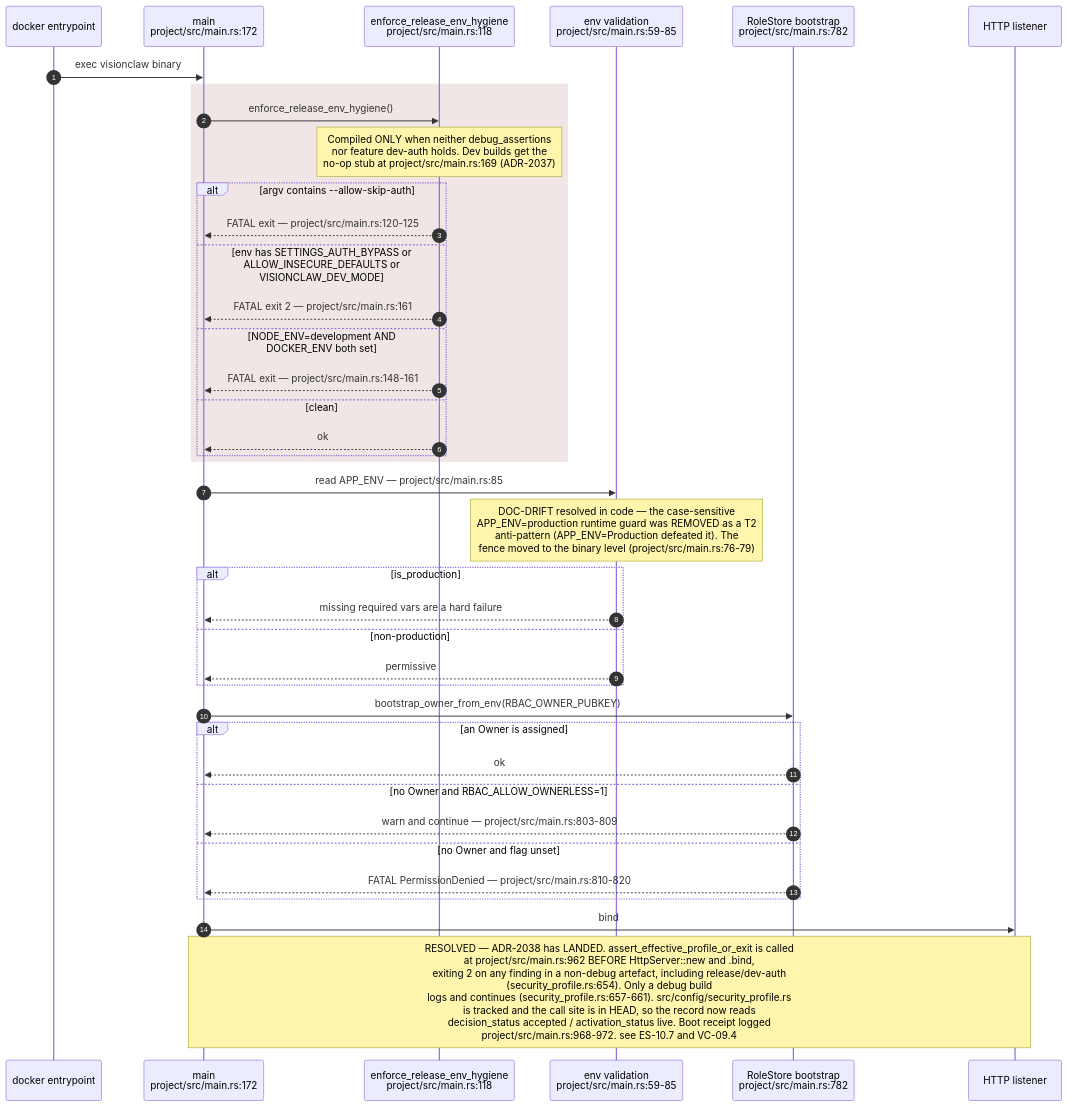
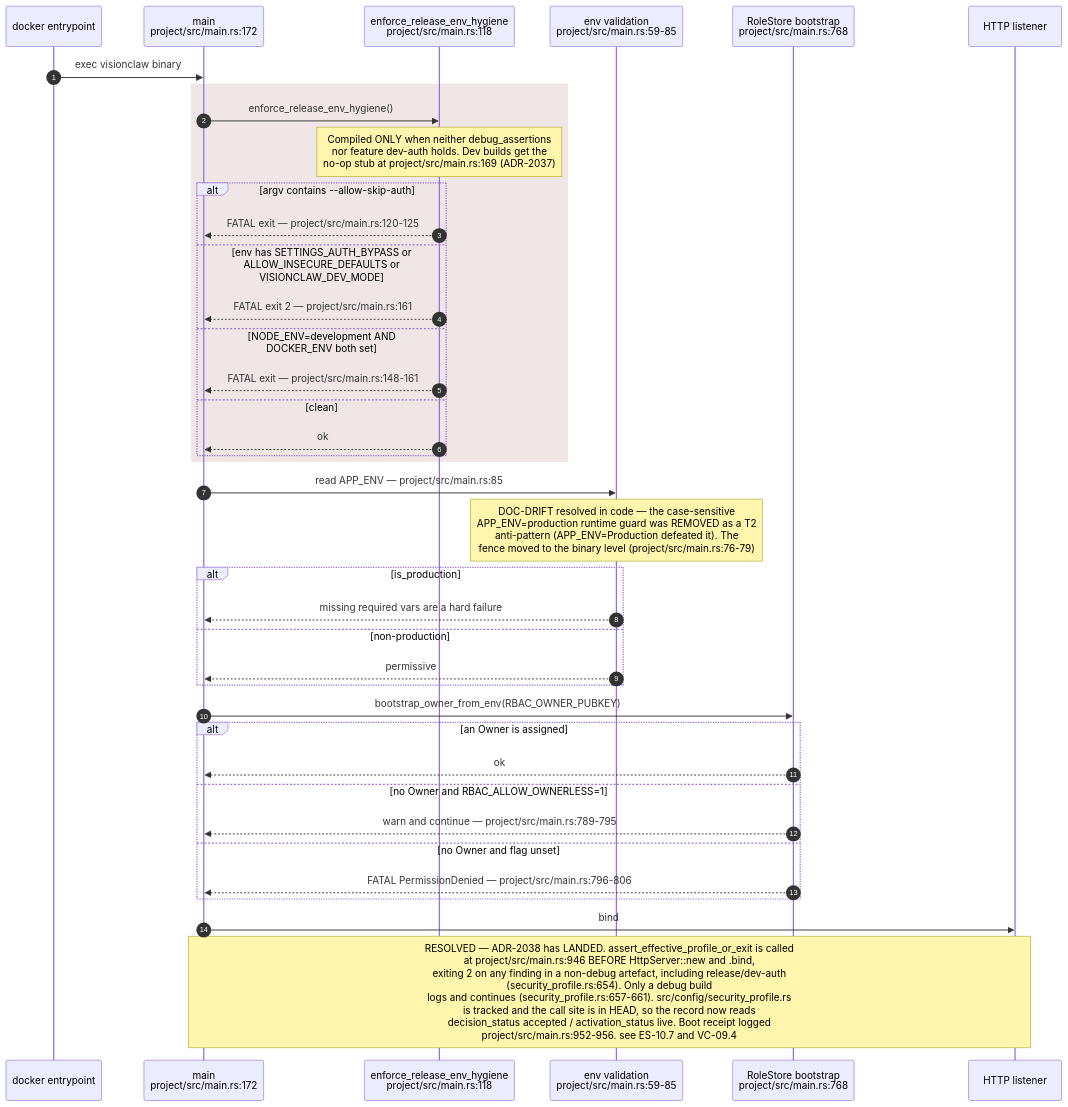
The second of 11 diagrams in docs/diagrams/estate/10-deployment-and-security-profiles.md (DreamLab-AI/VisionFlow), drawn with Mermaid before and after one commit. The commit also changed other lines of this file and 5 other files, not shown here.

````diff
--- a/docs/diagrams/estate/10-deployment-and-security-profiles.md
+++ b/docs/diagrams/estate/10-deployment-and-security-profiles.md
@@ -107,42 +107,42 @@
 ```mermaid
 sequenceDiagram
     autonumber
     participant OS as docker entrypoint
     participant M as main<br/>project/src/main.rs:172
     participant EH as enforce_release_env_hygiene<br/>project/src/main.rs:118
     participant EV as env validation<br/>project/src/main.rs:59-85
-    participant RS as RoleStore bootstrap<br/>project/src/main.rs:782
+    participant RS as RoleStore bootstrap<br/>project/src/main.rs:768
     participant L as HTTP listener
 
     OS->>M: exec visionclaw binary
     rect rgb(240,230,230)
     M->>EH: enforce_release_env_hygiene()
     Note over EH: Compiled ONLY when neither debug_assertions<br/>nor feature dev-auth holds. Dev builds get the<br/>no-op stub at project/src/main.rs:169 (ADR-2037)
     alt argv contains --allow-skip-auth
         EH-->>M: FATAL exit — project/src/main.rs:120-125
     else env has SETTINGS_AUTH_BYPASS or ALLOW_INSECURE_DEFAULTS or VISIONCLAW_DEV_MODE
         EH-->>M: FATAL exit 2 — project/src/main.rs:161
     else NODE_ENV=development AND DOCKER_ENV both set
         EH-->>M: FATAL exit — project/src/main.rs:148-161
     else clean
         EH-->>M: ok
     end
     end
     M->>EV: read APP_ENV — project/src/main.rs:85
     Note over EV: DOC-DRIFT resolved in code — the case-sensitive<br/>APP_ENV=production runtime guard was REMOVED as a T2<br/>anti-pattern (APP_ENV=Production defeated it). The<br/>fence moved to the binary level (project/src/main.rs:76-79)
     alt is_production
         EV-->>M: missing required vars are a hard failure
     else non-production
         EV-->>M: permissive
     end
     M->>RS: bootstrap_owner_from_env(RBAC_OWNER_PUBKEY)
     alt an Owner is assigned
         RS-->>M: ok
     else no Owner and RBAC_ALLOW_OWNERLESS=1
-        RS-->>M: warn and continue — project/src/main.rs:803-809
+        RS-->>M: warn and continue — project/src/main.rs:789-795
     else no Owner and flag unset
-        RS-->>M: FATAL PermissionDenied — project/src/main.rs:810-820
+        RS-->>M: FATAL PermissionDenied — project/src/main.rs:796-806
     end
     M->>L: bind
-    Note over M,L: RESOLVED — ADR-2038 has LANDED. assert_effective_profile_or_exit is called<br/>at project/src/main.rs:962 BEFORE HttpServer::new and .bind,<br/>exiting 2 on any finding in a non-debug artefact, including release/dev-auth<br/>(security_profile.rs:654). Only a debug build<br/>logs and continues (security_profile.rs:657-661). src/config/security_profile.rs<br/>is tracked and the call site is in HEAD, so the record now reads<br/>decision_status accepted / activation_status live. Boot receipt logged<br/>project/src/main.rs:968-972. see ES-10.7 and VC-09.4
+    Note over M,L: RESOLVED — ADR-2038 has LANDED. assert_effective_profile_or_exit is called<br/>at project/src/main.rs:946 BEFORE HttpServer::new and .bind,<br/>exiting 2 on any finding in a non-debug artefact, including release/dev-auth<br/>(security_profile.rs:654). Only a debug build<br/>logs and continues (security_profile.rs:657-661). src/config/security_profile.rs<br/>is tracked and the call site is in HEAD, so the record now reads<br/>decision_status accepted / activation_status live. Boot receipt logged<br/>project/src/main.rs:952-956. see ES-10.7 and VC-09.4
 ```
````
